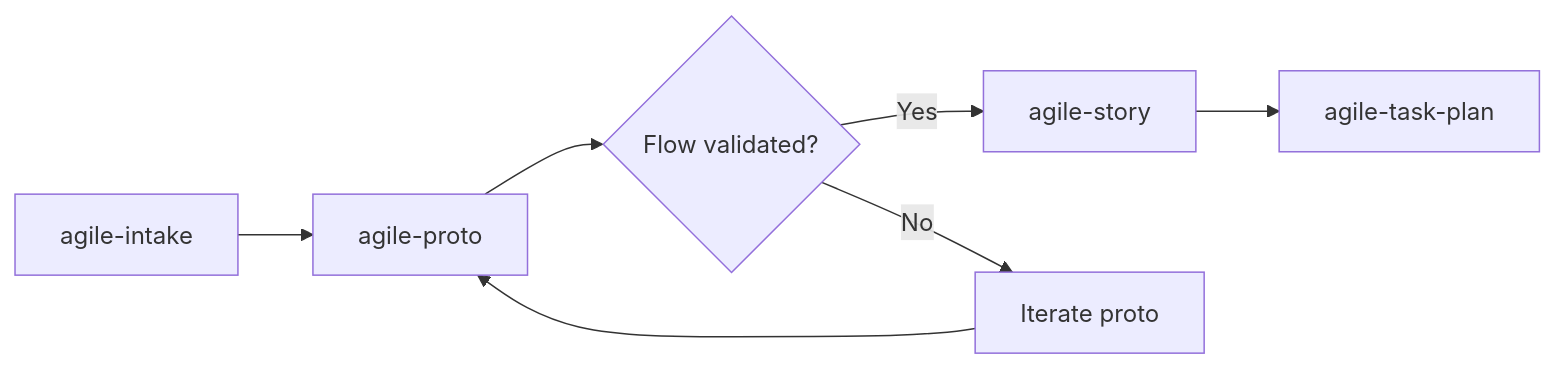
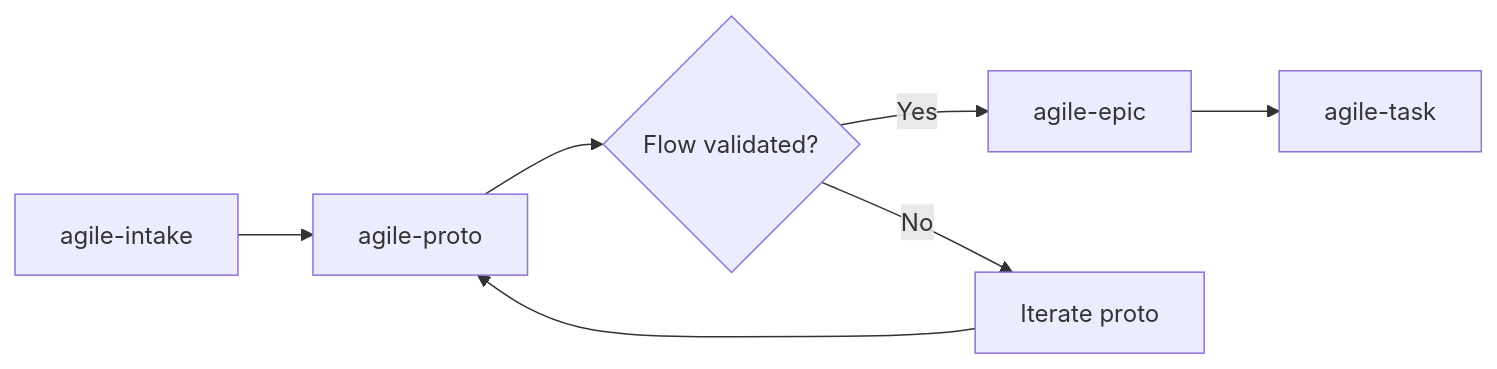
The diagram in skills/agile-proto/README.md (djalmajr/essential-skills), drawn with Mermaid before and after one commit. The commit also changed other lines of this file and 71 other files, not shown here.

````diff
--- a/skills/agile-proto/README.md
+++ b/skills/agile-proto/README.md
@@ -88,9 +80,9 @@
 ```mermaid
 flowchart LR
     A[agile-intake] --> B[agile-proto]
     B --> C{Flow validated?}
-    C -- Yes --> D[agile-story]
-    D --> E[agile-task-plan]
+    C -- Yes --> D[agile-epic]
+    D --> E[agile-task]
     C -- No --> F[Iterate proto]
     F --> B
 ```
````
